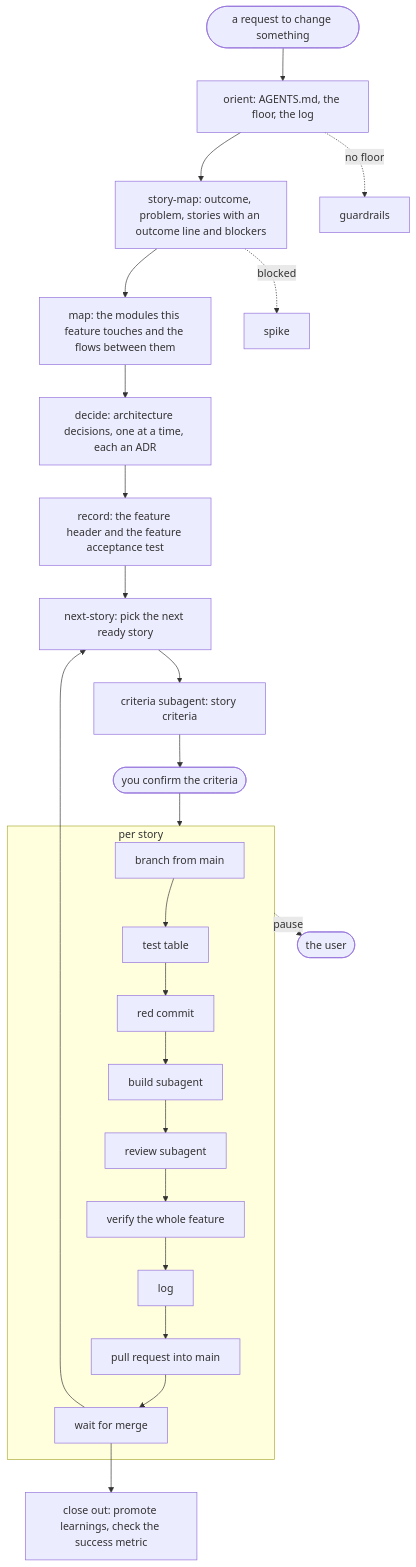
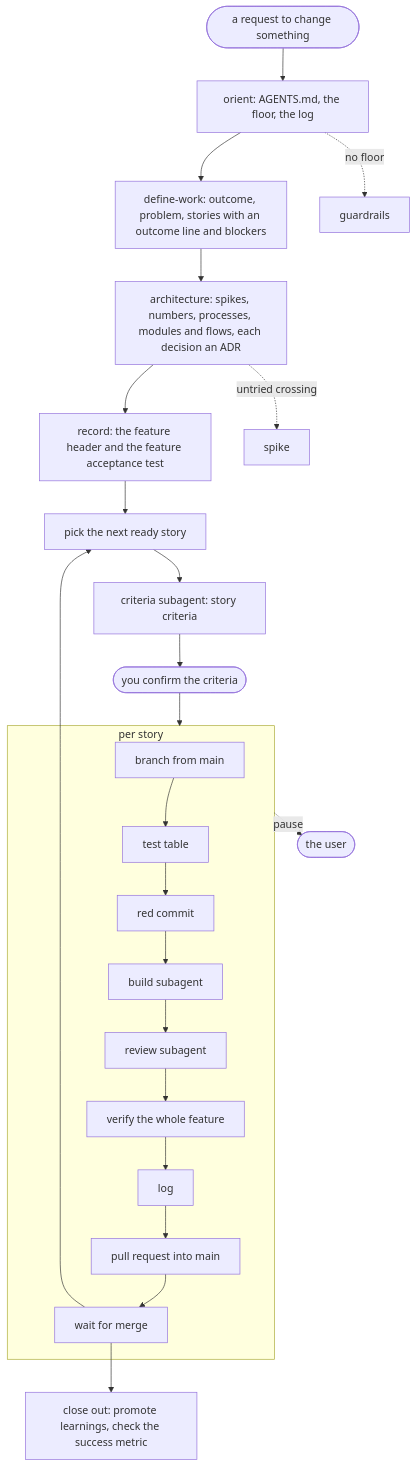
The diagram in plugins/SDLC/README.md (DaveBben/skills), drawn with Mermaid before and after one commit. The commit also changed other lines of this file and 42 other files, not shown here.

First line of the commit message:
SDLC 7.0.0: consolidate to 9 skills, XP-aligned architecture

````diff
--- a/plugins/SDLC/README.md
+++ b/plugins/SDLC/README.md
@@ -47,23 +42,22 @@
 ```mermaid
 flowchart TD
     REQ([a request to change something]) --> OR[orient: AGENTS.md, the floor, the log]
-    OR --> FR[story-map: outcome, problem, stories with an outcome line and blockers]
-    FR --> MAP[map: the modules this feature touches and the flows between them]
-    MAP --> DEC[decide: architecture decisions, one at a time, each an ADR]
-    DEC --> REC[record: the feature header and the feature acceptance test]
-    REC --> NX[next-story: pick the next ready story]
+    OR --> FR[define-work: outcome, problem, stories with an outcome line and blockers]
+    FR --> ARC[architecture: spikes, numbers, processes, modules and flows, each decision an ADR]
+    ARC --> REC[record: the feature header and the feature acceptance test]
+    REC --> NX[pick the next ready story]
     NX --> CR[criteria subagent: story criteria]
     CR --> OK([you confirm the criteria])
     OK --> SL
 
     subgraph SL [per story]
       BR[branch from main] --> TT[test table] --> RED[red commit] --> BLD[build subagent] --> REV[review subagent] --> VER[verify the whole feature] --> LOG[log] --> PR[pull request into main] --> MRG[wait for merge]
     end
 
     MRG --> NX
     MRG --> OUT[close out: promote learnings, check the success metric]
 
     SL -. pause .-> USER([the user])
-    FR -. blocked .-> SPIKE[spike]
+    ARC -. untried crossing .-> SPIKE[spike]
     OR -. no floor .-> HARN[guardrails]
 ```
````
